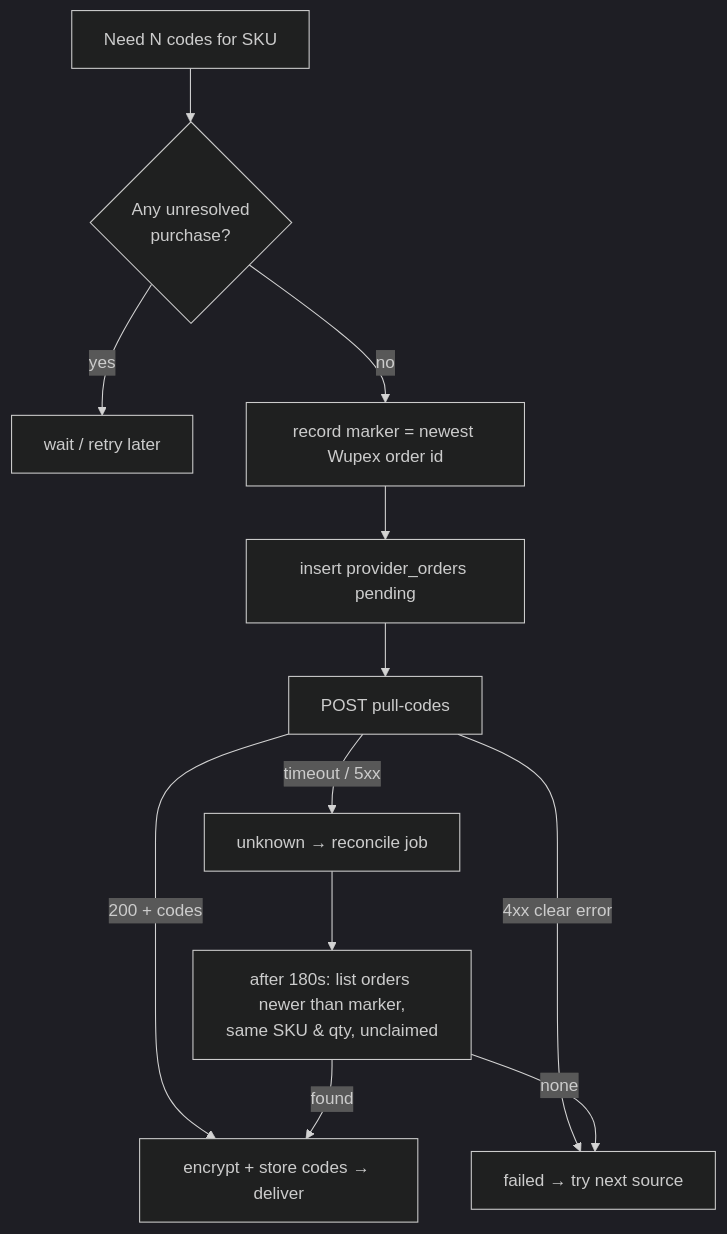
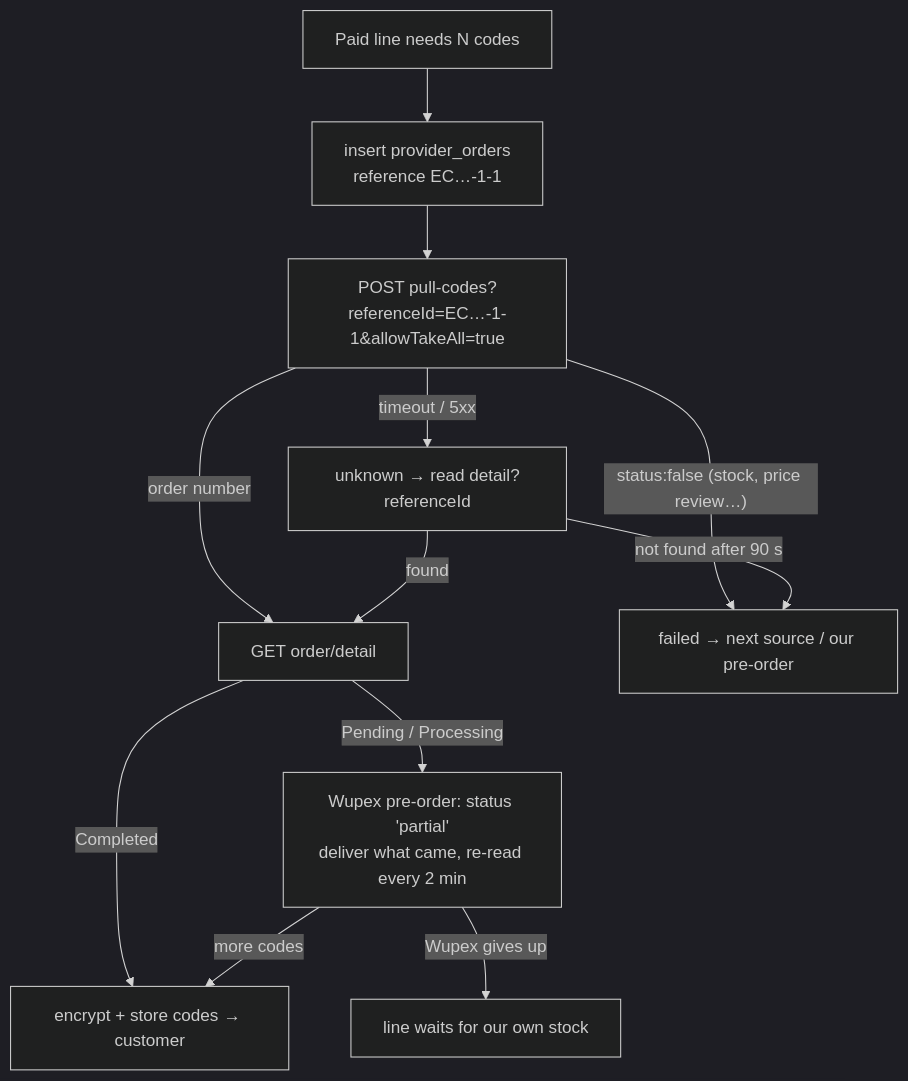
The diagram in docs/technical/Gift Cards – Wupex.md (Yesunewh/SE-eCards-MPesa_Miniapp), drawn with Mermaid (dark theme) before and after one commit. The commit also changed other lines of this file and 19 other files, not shown here.

Commit message:
Docs: Wupex sandbox connected (referenceId, pre-orders, mapping), updated status and partner questions

````diff
--- a/docs/technical/Gift Cards – Wupex.md
+++ b/docs/technical/Gift Cards – Wupex.md
@@ -34,14 +44,14 @@
 ```mermaid
 flowchart TD
-  A[Need N codes for SKU] --> L{Any unresolved<br/>purchase?}
-  L -- yes --> W[wait / retry later]
-  L -- no --> M[record marker = newest Wupex order id]
-  M --> R[insert provider_orders pending]
-  R --> P[POST pull-codes]
-  P -->|200 + codes| S[encrypt + store codes → deliver]
-  P -->|4xx clear error| F[failed → try next source]
-  P -->|timeout / 5xx| U[unknown → reconcile job]
-  U --> X[after 180s: list orders newer than marker,<br/>same SKU & qty, unclaimed]
-  X -->|found| S
-  X -->|none| F
+  A[Paid line needs N codes] --> R[insert provider_orders<br/>reference EC…-1-1]
+  R --> P[POST pull-codes?referenceId=EC…-1-1&allowTakeAll=true]
+  P -->|order number| D[GET order/detail]
+  D -->|Completed| S[encrypt + store codes → customer]
+  D -->|Pending / Processing| PO[Wupex pre-order: status 'partial'<br/>deliver what came, re-read every 2 min]
+  PO -->|more codes| S
+  PO -->|Wupex gives up| W[line waits for our own stock]
+  P -->|"status:false (stock, price review…)"| F[failed → next source / our pre-order]
+  P -->|timeout / 5xx| U[unknown → read detail?referenceId]
+  U -->|found| D
+  U -->|not found after 90 s| F
 ```
````
